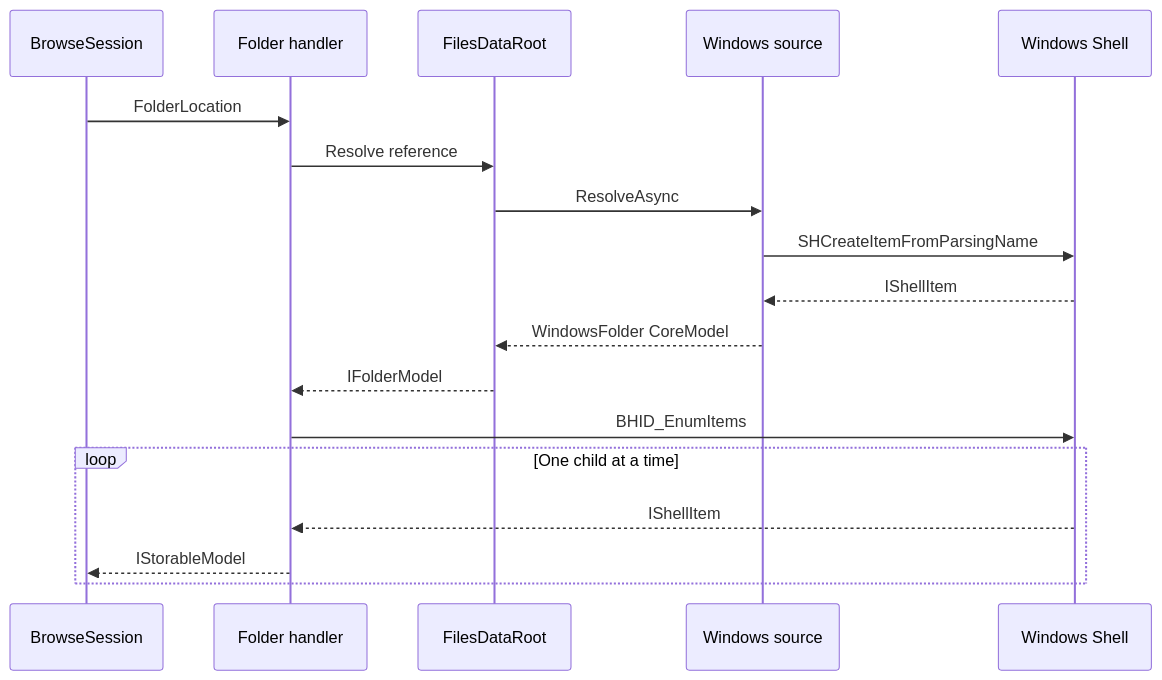
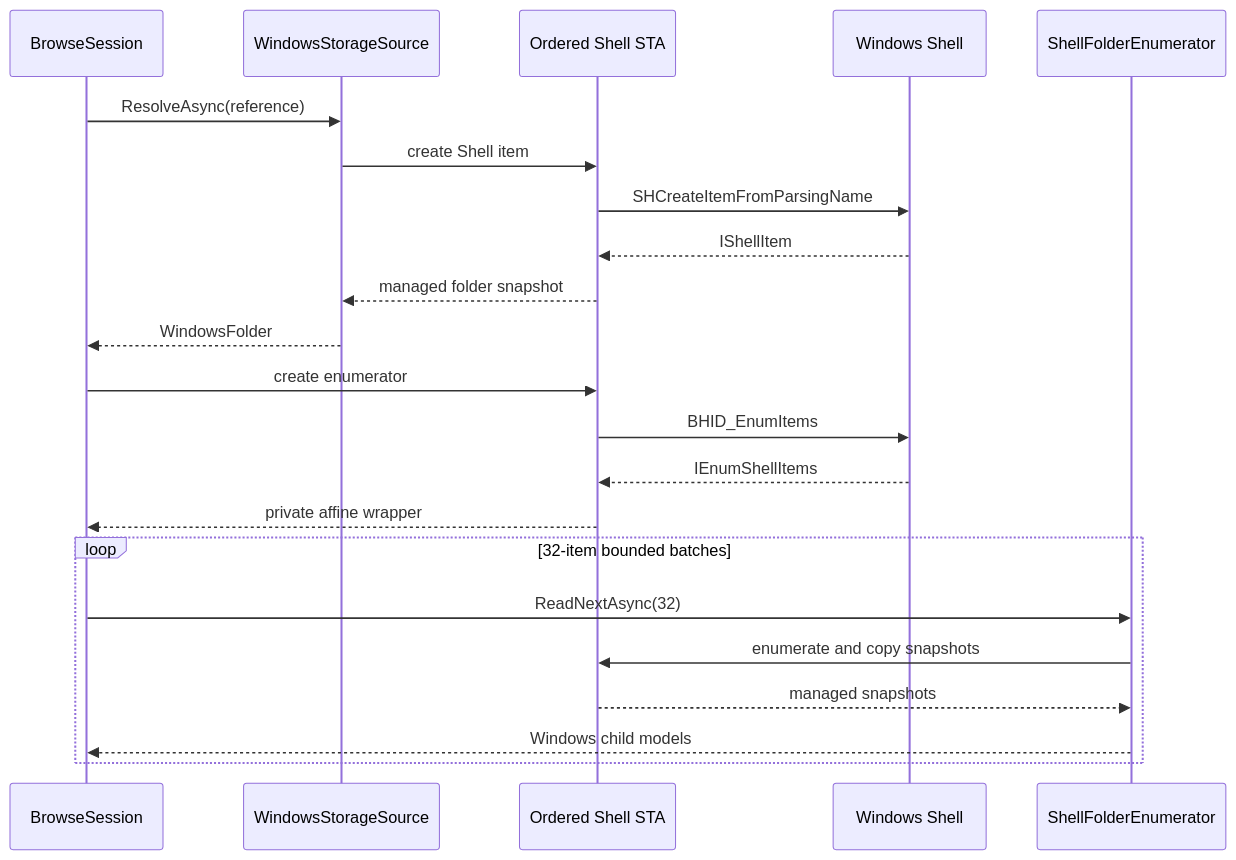
Before and after one commit to 0x5bfa/Files: the third of 4 diagrams in docs/architecture/windows-storage.md, drawn with Mermaid. The commit also changed other lines of this file and 63 other files, not shown here.

````diff
--- a/docs/architecture/windows-storage.md
+++ b/docs/architecture/windows-storage.md
@@ -54,21 +88,25 @@
 ```mermaid
 sequenceDiagram
     participant Session as BrowseSession
-    participant Handler as Folder handler
-    participant Root as FilesDataRoot
-    participant Source as Windows source
+    participant Source as WindowsStorageSource
+    participant STA as Ordered Shell STA
     participant Shell as Windows Shell
+    participant Enum as ShellFolderEnumerator
 
-    Session->>Handler: FolderLocation
-    Handler->>Root: Resolve reference
-    Root->>Source: ResolveAsync
-    Source->>Shell: SHCreateItemFromParsingName
-    Shell-->>Source: IShellItem
-    Source-->>Root: WindowsFolder CoreModel
-    Root-->>Handler: IFolderModel
-    Handler->>Shell: BHID_EnumItems
-    loop One child at a time
-        Shell-->>Handler: IShellItem
-        Handler-->>Session: IStorableModel
+    Session->>Source: ResolveAsync(reference)
+    Source->>STA: create Shell item
+    STA->>Shell: SHCreateItemFromParsingName
+    Shell-->>STA: IShellItem
+    STA-->>Source: managed folder snapshot
+    Source-->>Session: WindowsFolder
+    Session->>STA: create enumerator
+    STA->>Shell: BHID_EnumItems
+    Shell-->>STA: IEnumShellItems
+    STA-->>Session: private affine wrapper
+    loop 32-item bounded batches
+        Session->>Enum: ReadNextAsync(32)
+        Enum->>STA: enumerate and copy snapshots
+        STA-->>Enum: managed snapshots
+        Enum-->>Session: Windows child models
     end
 ```
````
